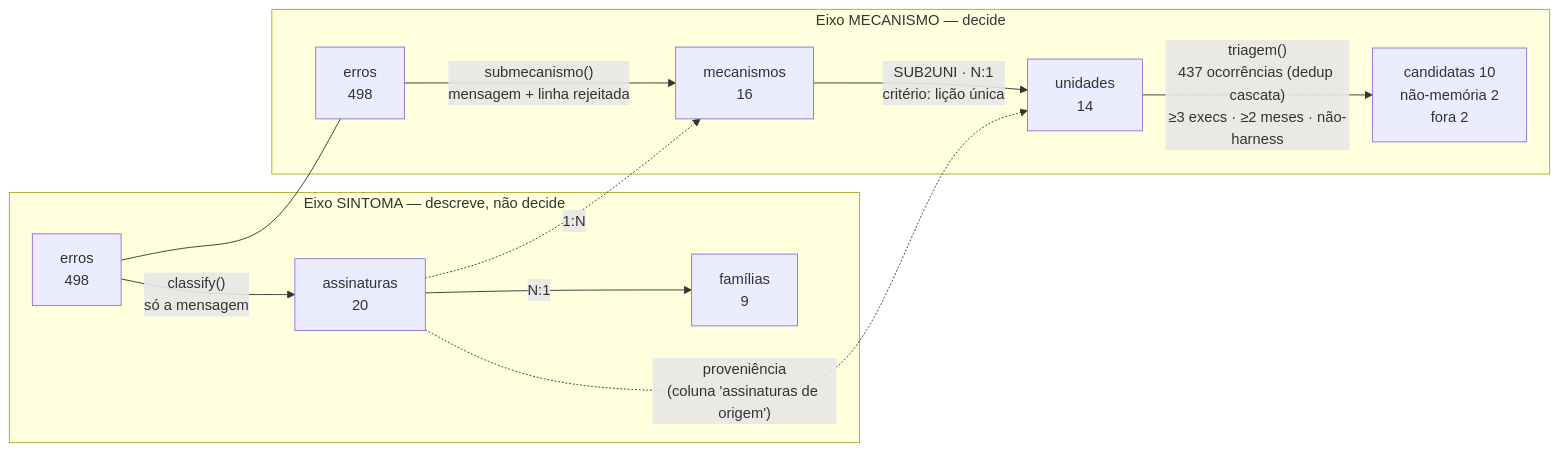
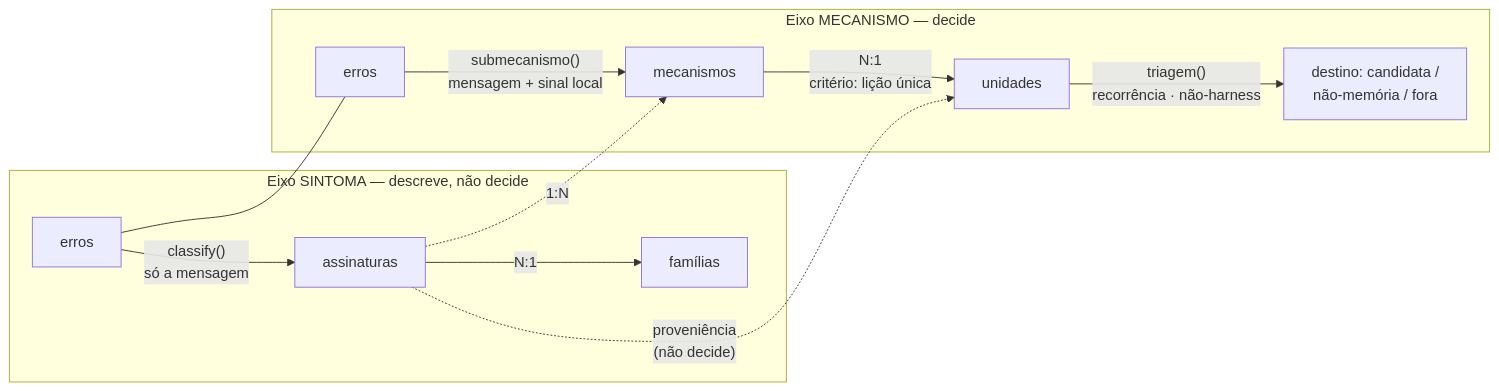
The third of 6 diagrams in discussion/hipoteses/trace-error-taxonomy-methodology/general-error-taxonomy-methodology.md (rc-ventura/memory_layer_ai_agents), drawn with Mermaid before and after one commit. The commit also changed other lines of this file and 7 other files, not shown here.

First line of the commit message:
docs: add error-genealogy methodology to CLAUDE.md index + cross-link schema/instantiation/reusable-code

````diff
--- a/discussion/hipoteses/trace-error-taxonomy-methodology/general-error-taxonomy-methodology.md
+++ b/discussion/hipoteses/trace-error-taxonomy-methodology/general-error-taxonomy-methodology.md
@@ -206,15 +142,15 @@
 ```mermaid
 flowchart LR
     subgraph SINTOMA["Eixo SINTOMA — descreve, não decide"]
-        ER["erros<br/>498"] -- "classify()<br/>só a mensagem" --> SIG["assinaturas<br/>20"]
-        SIG -- "N:1" --> FAM["famílias<br/>9"]
+        ER["erros"] -- "classify()<br/>só a mensagem" --> SIG["assinaturas"]
+        SIG -- "N:1" --> FAM["famílias"]
     end
     subgraph MECANISMO["Eixo MECANISMO — decide"]
-        ER2["erros<br/>498"] -- "submecanismo()<br/>mensagem + linha rejeitada" --> MEC["mecanismos<br/>16"]
-        MEC -- "SUB2UNI · N:1<br/>critério: lição única" --> UNI["unidades<br/>14"]
-        UNI -- "triagem()<br/>437 ocorrências (dedup cascata)<br/>≥3 execs · ≥2 meses · não-harness" --> DEC["candidatas 10<br/>não-memória 2<br/>fora 2"]
+        ER2["erros"] -- "submecanismo()<br/>mensagem + sinal local" --> MEC["mecanismos"]
+        MEC -- "N:1<br/>critério: lição única" --> UNI["unidades"]
+        UNI -- "triagem()<br/>recorrência · não-harness" --> DEC["destino: candidata /<br/>não-memória / fora"]
     end
     ER --- ER2
     SIG -. 1:N .-> MEC
-    SIG -. "proveniência<br/>(coluna 'assinaturas de origem')" .-> UNI
+    SIG -. "proveniência<br/>(não decide)" .-> UNI
 ```
````
